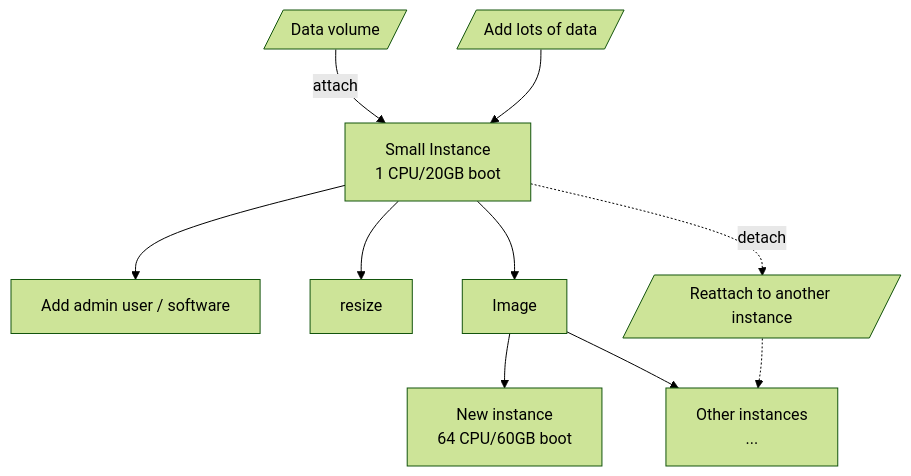
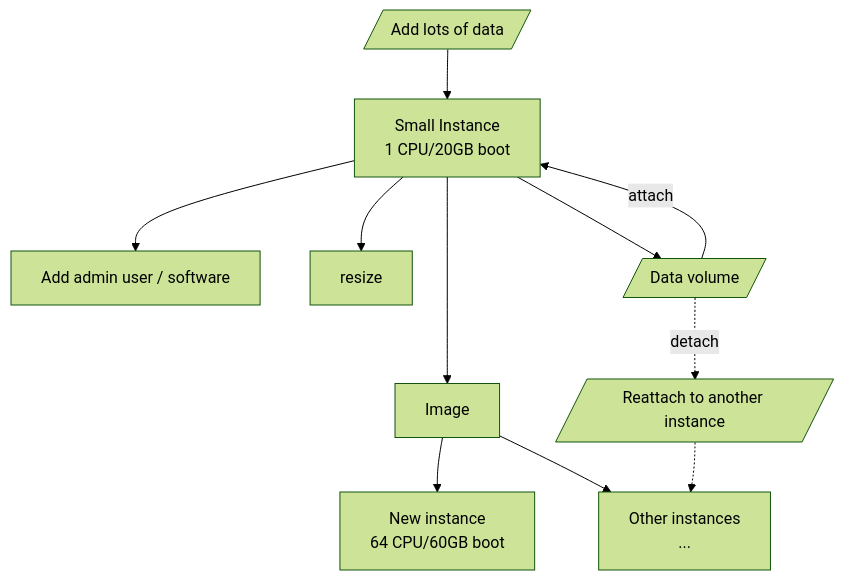
Before and after one commit to AntibodyEngineers/2024-Antibodies-and-AI: the diagram in getting-started.md, drawn with Mermaid (forest theme).

````diff
--- a/getting-started.md
+++ b/getting-started.md
@@ -8,11 +8,11 @@
 ```mermaid
     flowchart TD
     
     A[Small Instance<br/>1 CPU/20GB boot] --> B[Add admin user / software]
     A --> I[resize]
     A --> C[Image] --> D[New instance<br/>64 CPU/60GB boot]
     E[/Data volume/]
     E -- attach --> A
     C --> H[Other instances<br/>...]
-    F[/Add lots of data/] --> A -. detach .-> G[/Reattach to another instance/] -.-> H
+    F[/Add lots of data/] --> A --> E -. detach .-> G[/Reattach to another instance/] -.-> H
 ```
````
